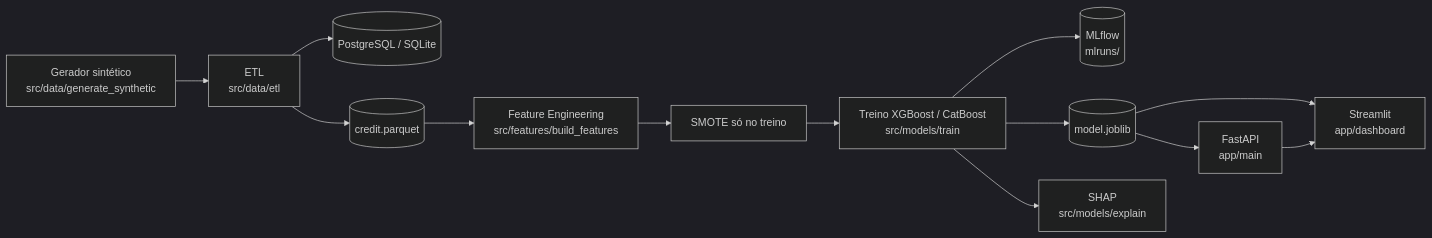
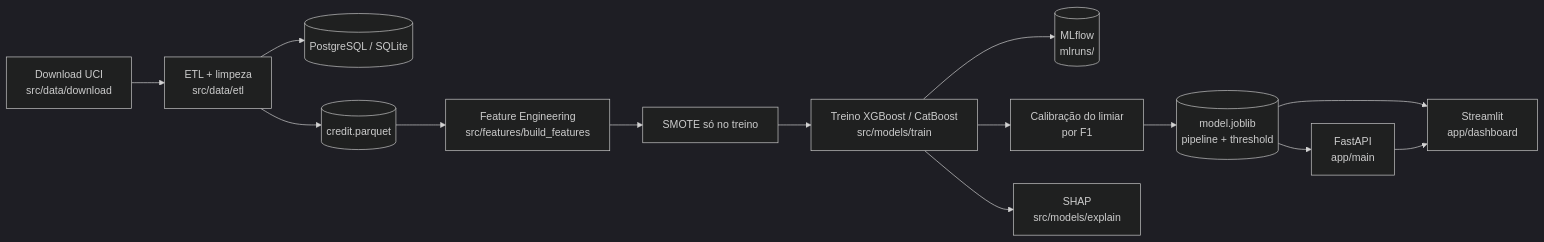
Before and after one commit to david-oliveira-dev/credit-risk-scoring: the first of 2 diagrams in reports/ARQUITETURA.md, drawn with Mermaid (dark theme). The commit also changed other lines of this file and 3 other files, not shown here.

````diff
--- a/reports/ARQUITETURA.md
+++ b/reports/ARQUITETURA.md
@@ -5,15 +5,16 @@
 ```mermaid
 flowchart LR
-    A[Gerador sintético<br/>src/data/generate_synthetic] --> B[ETL<br/>src/data/etl]
+    A[Download UCI<br/>src/data/download] --> B[ETL + limpeza<br/>src/data/etl]
     B --> DB[(PostgreSQL / SQLite)]
     B --> Pq[(credit.parquet)]
     Pq --> F[Feature Engineering<br/>src/features/build_features]
     F --> S[SMOTE só no treino]
     S --> T[Treino XGBoost / CatBoost<br/>src/models/train]
     T --> ML[(MLflow<br/>mlruns/)]
-    T --> M[(model.joblib)]
+    T --> C[Calibração do limiar<br/>por F1]
+    C --> M[(model.joblib<br/>pipeline + threshold)]
     T --> X[SHAP<br/>src/models/explain]
     M --> API[FastAPI<br/>app/main]
     M --> DASH[Streamlit<br/>app/dashboard]
     API --> DASH
 ```
````
